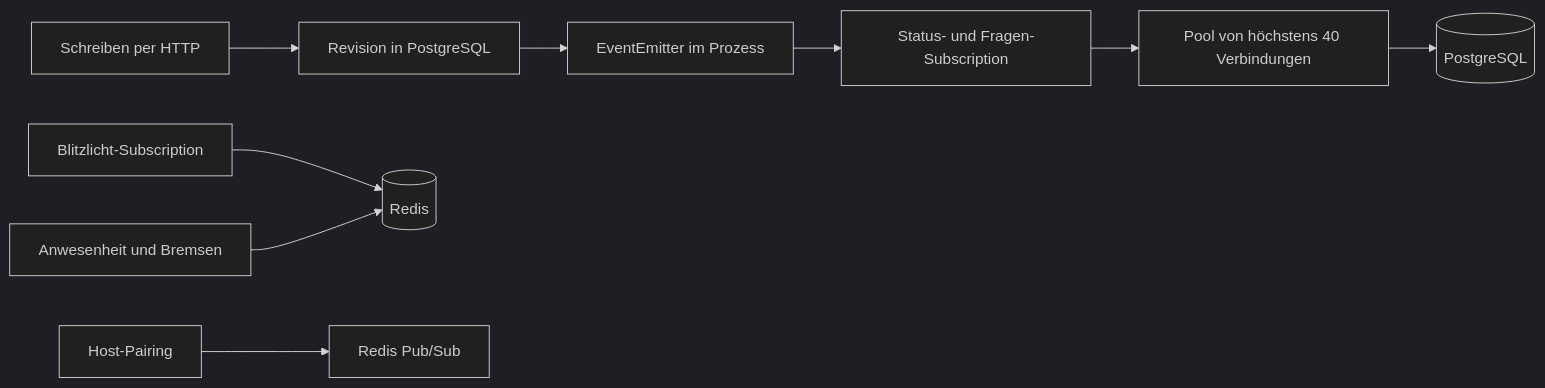
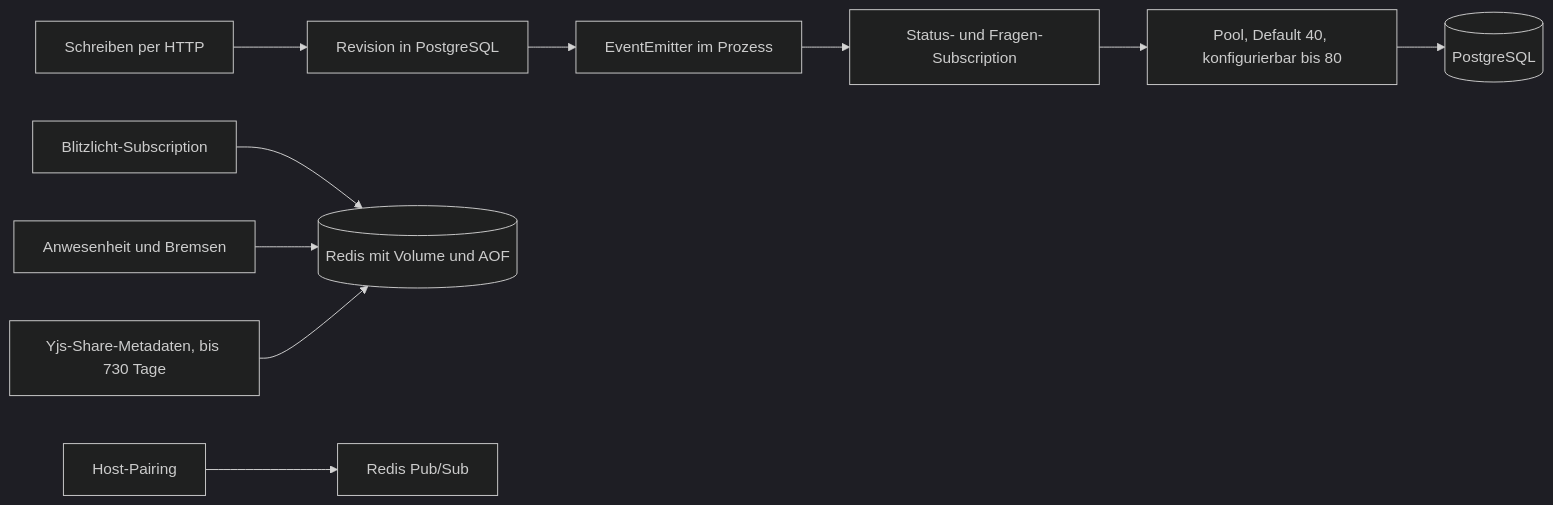
The third of 3 diagrams in docs/diagrams/netzwerkplan.md (jonasyr/arsnova.eu), drawn with Mermaid (dark theme) before and after one commit. The commit also changed other lines of this file, not shown here.

````diff
--- a/docs/diagrams/netzwerkplan.md
+++ b/docs/diagrams/netzwerkplan.md
@@ -103,12 +109,13 @@
 ```mermaid
 flowchart LR
   write[Schreiben per HTTP] --> revision[Revision in PostgreSQL]
   revision --> emitter[EventEmitter im Prozess]
   emitter --> sub[Status- und Fragen-Subscription]
-  sub --> pool[Pool von höchstens 40 Verbindungen]
+  sub --> pool["Pool, Default 40, konfigurierbar bis 80"]
   pool --> pg[(PostgreSQL)]
 
-  qf[Blitzlicht-Subscription] --> redis[(Redis)]
+  qf[Blitzlicht-Subscription] --> redis[("Redis mit Volume und AOF")]
   presence[Anwesenheit und Bremsen] --> redis
   pair[Host-Pairing] --> pubsub[Redis Pub/Sub]
+  yjsMeta["Yjs-Share-Metadaten, bis 730 Tage"] --> redis
 ```
````
